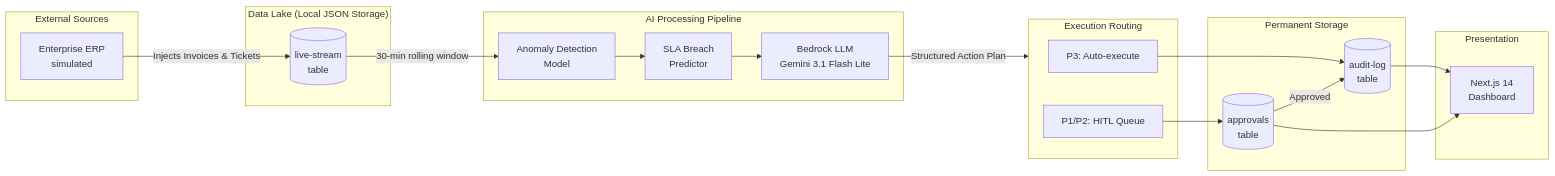
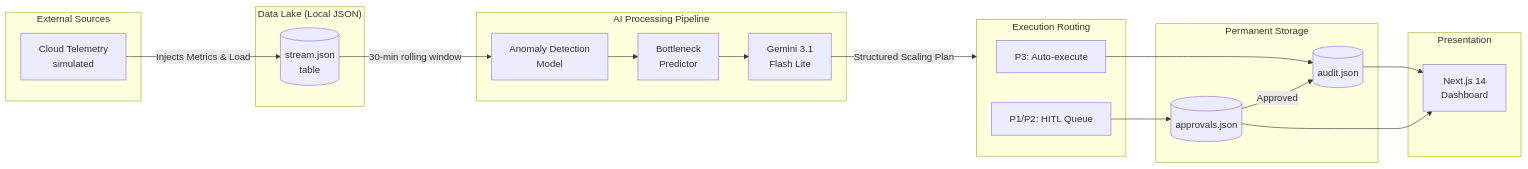
One commit to adarshcod30/SmartAlloc changed the third of 3 diagrams in README.md. Above: the diagram before and after it, drawn with Mermaid. The commit also changed other lines of this file, not shown here.

Commit message:
docs: fully re-theme narrative from cost-intel procurement to SmartAlloc cloud compute allocation

````diff
--- a/README.md
+++ b/README.md
@@ -306,41 +305,41 @@
 ```mermaid
 flowchart LR
     subgraph External["External Sources"]
-        ERP[Enterprise ERP<br/>simulated]
+        ERP[Cloud Telemetry<br/>simulated]
     end
     
-    subgraph Storage1["Data Lake (Local JSON Storage)"]
-        Stream[(live-stream<br/>table)]
+    subgraph Storage1["Data Lake (Local JSON)"]
+        Stream[(stream.json<br/>table)]
     end
     
     subgraph Process["AI Processing Pipeline"]
         AD[Anomaly Detection<br/>Model]
-        SLA[SLA Breach<br/>Predictor]
-        LLM[Bedrock LLM<br/>Gemini 3.1 Flash Lite]
+        SLA[Bottleneck<br/>Predictor]
+        LLM[Gemini 3.1<br/>Flash Lite]
     end
     
     subgraph Execution["Execution Routing"]
         P3[P3: Auto-execute]
         P12[P1/P2: HITL Queue]
     end
     
     subgraph Storage2["Permanent Storage"]
-        App[(approvals<br/>table)]
-        Aud[(audit-log<br/>table)]
+        App[(approvals.json)]
+        Aud[(audit.json)]
     end
     
     subgraph UI["Presentation"]
         Dash[Next.js 14<br/>Dashboard]
     end
     
-    ERP -->|Injects Invoices & Tickets| Stream
+    ERP -->|Injects Metrics & Load| Stream
     Stream -->|30-min rolling window| AD
     AD --> SLA
     SLA --> LLM
-    LLM -->|Structured Action Plan| Execution
+    LLM -->|Structured Scaling Plan| Execution
     P3 --> Aud
     P12 --> App
     App -->|Approved| Aud
     Aud --> Dash
     App --> Dash
 ```
````
